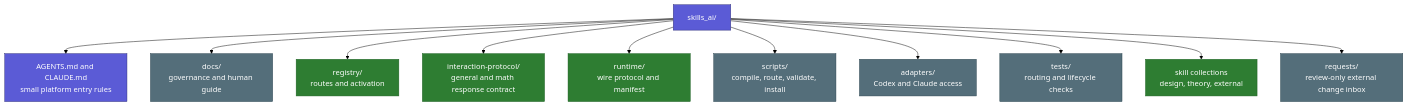
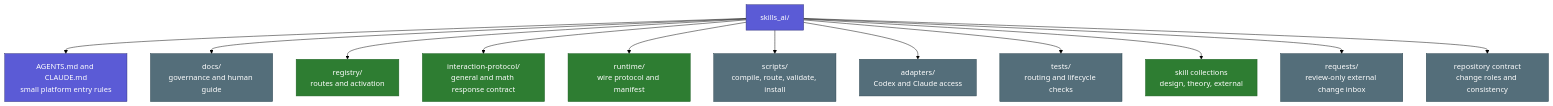
Before and after one commit to geekybobz/skills_ai: the first of 2 diagrams in docs/human/02_FOLDER_AND_PLATFORMS.md, drawn with Mermaid (forest theme). The commit also changed other lines of this file and 36 other files, not shown here.

````diff
--- a/docs/human/02_FOLDER_AND_PLATFORMS.md
+++ b/docs/human/02_FOLDER_AND_PLATFORMS.md
@@ -13,20 +13,21 @@
 ```mermaid
 flowchart TD
     ROOT["skills_ai/"] --> ENTRY["AGENTS.md and CLAUDE.md<br/>small platform entry rules"]
     ROOT --> DOCS["docs/<br/>governance and human guide"]
     ROOT --> REG["registry/<br/>routes and activation"]
     ROOT --> IP["interaction-protocol/<br/>general and math response contract"]
     ROOT --> RUN["runtime/<br/>wire protocol and manifest"]
     ROOT --> SCRIPT["scripts/<br/>compile, route, validate, install"]
     ROOT --> ADAPT["adapters/<br/>Codex and Claude access"]
     ROOT --> TEST["tests/<br/>routing and lifecycle checks"]
     ROOT --> SKILLS["skill collections<br/>design, theory, external"]
     ROOT --> REQ["requests/<br/>review-only external change inbox"]
+    ROOT --> CONTRACT["repository contract<br/>change roles and consistency"]
 
     classDef entry fill:#5B5BD6,color:#fff,stroke:#32327A
     classDef source fill:#2E7D32,color:#fff,stroke:#1B5E20
     classDef support fill:#546E7A,color:#fff,stroke:#29434E
     class ROOT,ENTRY entry
     class REG,IP,RUN,SKILLS source
-    class DOCS,SCRIPT,ADAPT,TEST,REQ support
+    class DOCS,SCRIPT,ADAPT,TEST,REQ,CONTRACT support
 ```
````
